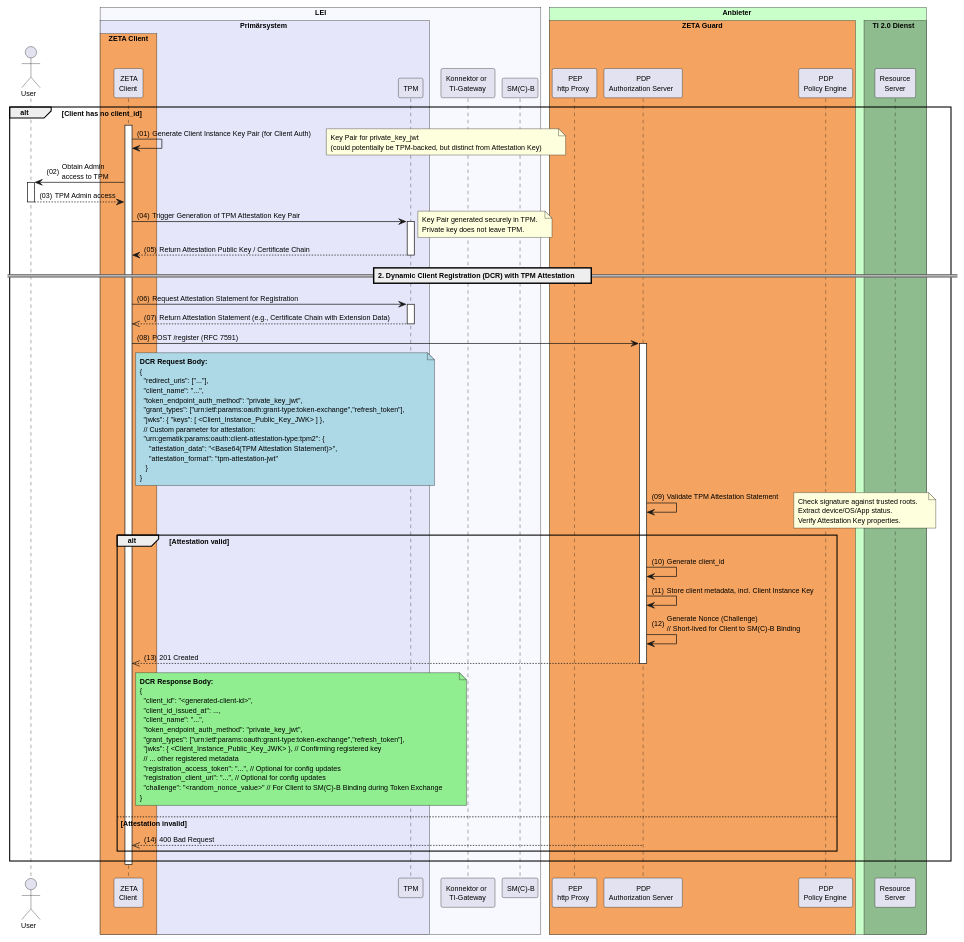
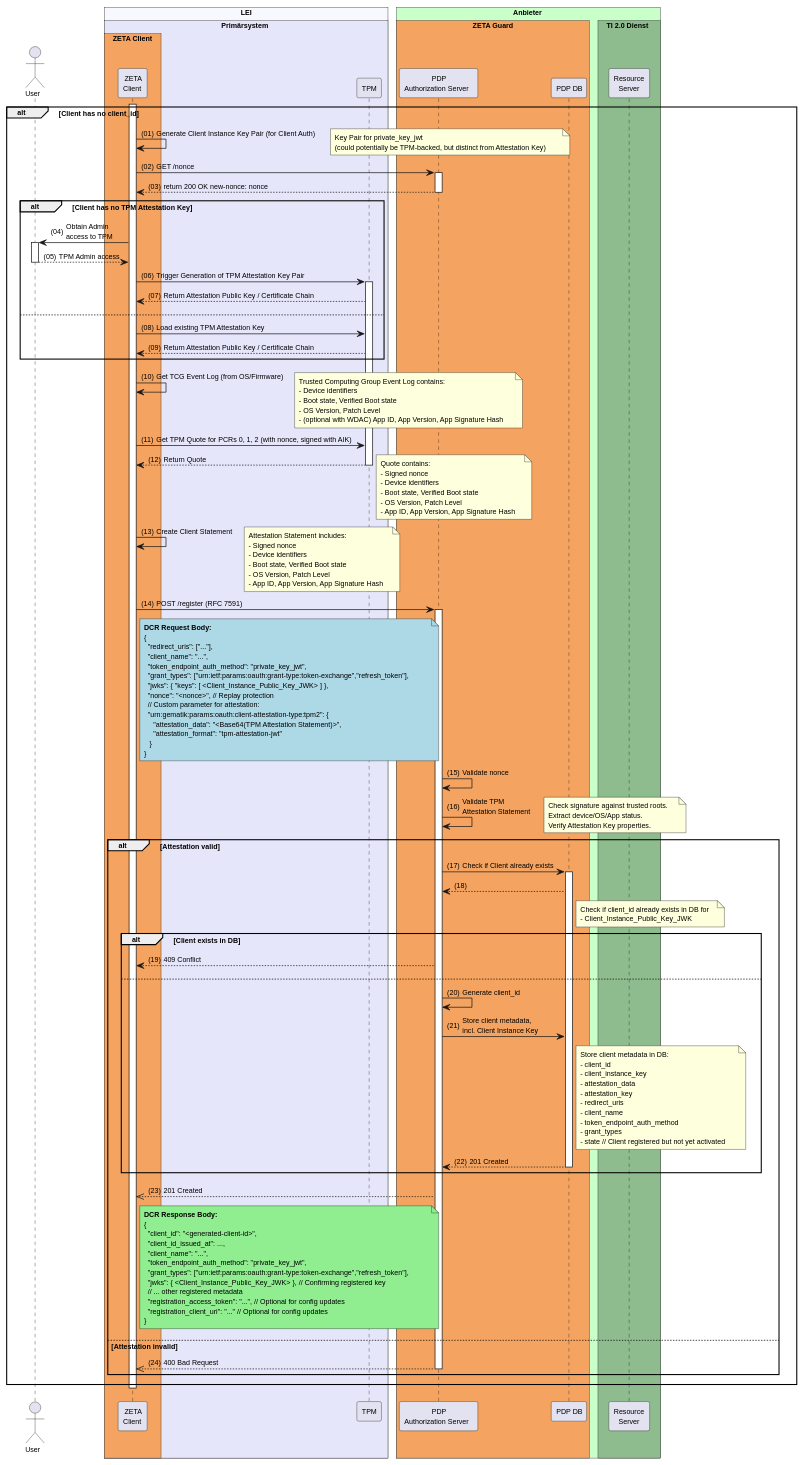
Before and after one commit to gematik/spec-t20r: the diagram in src/plantuml/tpm-attestation-and-token-exchange/dynamic-client-registration-with-tpm-attestation.puml, drawn with PlantUML. The commit also changed 5 other files, not shown here.

```diff
--- a/src/plantuml/tpm-attestation-and-token-exchange/dynamic-client-registration-with-tpm-attestation.puml
+++ b/src/plantuml/tpm-attestation-and-token-exchange/dynamic-client-registration-with-tpm-attestation.puml
@@ -1,100 +1,128 @@
 @startuml "dynamic-client-registration-with-tpm-attestation"
 autonumber "(00)"
 skinparam defaultFontSize 10
 skinparam defaultFontName Helvetica
 skinparam DefaultMonospacedFontName Courier
 skinparam lengthAdjust none
 skinparam sequenceReferenceBackgroundColor White
 skinparam SequenceReferenceFontSize 12
 /'skinparam SequenceReferenceFontStyle bold
 '/
 
 !pragma teoz true
 
 Actor User
 box "LEI" #GhostWhite
   box "Primärsystem" #Lavender
     box "ZETA Client" #SandyBrown
       participant Client as "ZETA\nClient"
     end box
     participant TPM as "TPM"
   end box
-  participant Konnektor as "Konnektor or\nTI-Gateway"
-  participant SMB as "SM(C)-B"
 end box
 
 box "Anbieter" #TECHNOLOGY
   box "ZETA Guard" #SandyBrown
-    participant HP as "PEP\nhttp Proxy"
     participant AuthS as "PDP\nAuthorization Server" 
-    participant PE as "PDP\nPolicy Engine"
+    participant PDPDB as "PDP DB"
   end box
     box TI 2.0 Dienst #DarkSeaGreen
       participant RS as "Resource\nServer"
     end box
 end box
 
+Client ++
 alt Client has no client_id
+  Client -> Client : Generate Client Instance Key Pair (for Client Auth)
+  note right: Key Pair for private_key_jwt \n(could potentially be TPM-backed, but distinct from Attestation Key)
+  Client -> AuthS ++ : GET /nonce
+  AuthS --> Client --: return 200 OK new-nonce: nonce
 
-Client ++
-Client -> Client : Generate Client Instance Key Pair (for Client Auth)
-note right: Key Pair for private_key_jwt \n(could potentially be TPM-backed, but distinct from Attestation Key)
-Client -> User ++ : Obtain Admin\naccess to TPM
-User --> Client -- : TPM Admin access
-Client -> TPM ++ : Trigger Generation of TPM Attestation Key Pair
-note right: Key Pair generated securely in TPM.\nPrivate key does not leave TPM.
-TPM --> Client: Return Attestation Public Key / Certificate Chain
-TPM --
+  alt Client has no TPM Attestation Key
+    Client -> User ++ : Obtain Admin\naccess to TPM
+    User --> Client -- : TPM Admin access
+    Client -> TPM ++ : Trigger Generation of TPM Attestation Key Pair
+    TPM --> Client: Return Attestation Public Key / Certificate Chain
+  else
+    Client -> TPM: Load existing TPM Attestation Key
+    TPM --> Client: Return Attestation Public Key / Certificate Chain
+  end
 
-== 2. Dynamic Client Registration (DCR) with TPM Attestation ==
-Client -> TPM ++ : Request Attestation Statement for Registration
-' note right: Attestation includes:\n- Attestation Key signature\n- Device identifiers\n- Boot state, Verified Boot state\n- OS Version, Patch Level\n- App ID, App Version, App Signature Hash
-TPM -->> Client -- : Return Attestation Statement (e.g., Certificate Chain with Extension Data)
+  Client -> Client: Get TCG Event Log (from OS/Firmware)
+  note right: Trusted Computing Group Event Log contains:\n- Device identifiers\n- Boot state, Verified Boot state\n- OS Version, Patch Level\n- (optional with WDAC) App ID, App Version, App Signature Hash
+  Client -> TPM: Get TPM Quote for PCRs 0, 1, 2 (with nonce, signed with AIK)
+  TPM --> Client --: Return Quote
+  note right: Quote contains:\n- Signed nonce\n- Device identifiers\n- Boot state, Verified Boot state\n- OS Version, Patch Level\n- App ID, App Version, App Signature Hash
 
-Client -> AuthS ++ : POST /register (RFC 7591)
-note right of Client #lightblue
-    **DCR Request Body:**
-    {
-      "redirect_uris": ["..."],
-      "client_name": "...",
-      "token_endpoint_auth_method": "private_key_jwt",
-      "grant_types": ["urn:ietf:params:oauth:grant-type:token-exchange","refresh_token"],
-      "jwks": { "keys": [ <Client_Instance_Public_Key_JWK> ] },
-      // Custom parameter for attestation:
-      "urn:gematik:params:oauth:client-attestation-type:tpm2": {
-         "attestation_data": "<Base64(TPM Attestation Statement)>",
-         "attestation_format": "tpm-attestation-jwt"
-       }
-    }
-end note
+  Client -> Client: Create Client Statement
+  note right: Attestation Statement includes:\n- Signed nonce\n- Device identifiers\n- Boot state, Verified Boot state\n- OS Version, Patch Level\n- App ID, App Version, App Signature Hash
 
-AuthS -> AuthS : Validate TPM Attestation Statement
-note right: Check signature against trusted roots.\nExtract device/OS/App status.\nVerify Attestation Key properties.
-alt Attestation valid
-    AuthS -> AuthS : Generate client_id
-    AuthS -> AuthS : Store client metadata, incl. Client Instance Key
-    AuthS -> AuthS: Generate Nonce (Challenge)\n// Short-lived for Client to SM(C)-B Binding
-    AuthS -->> Client -- : 201 Created
+  Client -> AuthS ++ : POST /register (RFC 7591)
+  note right of Client #lightblue
+      **DCR Request Body:**
+      {
+        "redirect_uris": ["..."],
+        "client_name": "...",
+        "token_endpoint_auth_method": "private_key_jwt",
+        "grant_types": ["urn:ietf:params:oauth:grant-type:token-exchange","refresh_token"],
+        "jwks": { "keys": [ <Client_Instance_Public_Key_JWK> ] },
+        "nonce": "<nonce>", // Replay protection
+        // Custom parameter for attestation:
+        "urn:gematik:params:oauth:client-attestation-type:tpm2": {
+           "attestation_data": "<Base64(TPM Attestation Statement)>",
+           "attestation_format": "tpm-attestation-jwt"
+         }
+      }
+  end note
+  AuthS -> AuthS : Validate nonce
+  AuthS -> AuthS : Validate TPM\nAttestation Statement
+  note right: Check signature against trusted roots.\nExtract device/OS/App status.\nVerify Attestation Key properties.
+  alt Attestation valid
+    AuthS -> PDPDB ++ : Check if Client already exists
+    PDPDB --> AuthS:
+    note right of PDPDB
+      Check if client_id already exists in DB for
+      - Client_Instance_Public_Key_JWK
+    end note
+    alt Client exists in DB
+      AuthS --> Client : 409 Conflict
+    else
+      AuthS -> AuthS : Generate client_id
+      AuthS -> PDPDB: Store client metadata,\nincl. Client Instance Key
+      note right of PDPDB
+        Store client metadata in DB:
+        - client_id
+        - client_instance_key
+        - attestation_data
+        - attestation_key
+        - redirect_uris
+        - client_name
+        - token_endpoint_auth_method
+        - grant_types
+        - state // Client registered but not yet activated
+      end note
+      PDPDB --> AuthS --: 201 Created
+    end
+    AuthS -->> Client: 201 Created
     note right of Client #lightgreen
         **DCR Response Body:**
         {
           "client_id": "<generated-client-id>",
           "client_id_issued_at": ...,
           "client_name": "...",
           "token_endpoint_auth_method": "private_key_jwt",
           "grant_types": ["urn:ietf:params:oauth:grant-type:token-exchange","refresh_token"],
           "jwks": { <Client_Instance_Public_Key_JWK> }, // Confirming registered key
           // ... other registered metadata
           "registration_access_token": "...", // Optional for config updates
-          "registration_client_uri": "...", // Optional for config updates
-          "challenge": "<random_nonce_value>" // For Client to SM(C)-B Binding during Token Exchange
+          "registration_client_uri": "..." // Optional for config updates
         }
     end note
-else Attestation invalid
+  else Attestation invalid
     AuthS -->> Client -- : 400 Bad Request
-end alt
+  end
 
-Client --
+  Client --
 end
 
 @enduml
```
